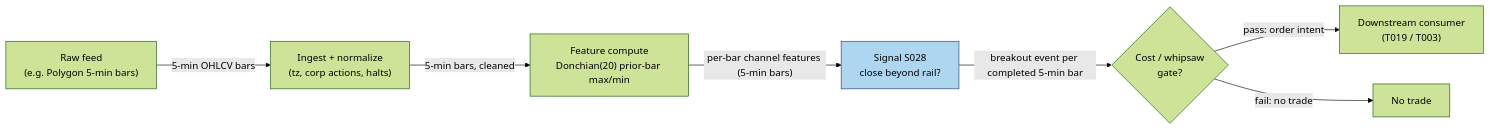
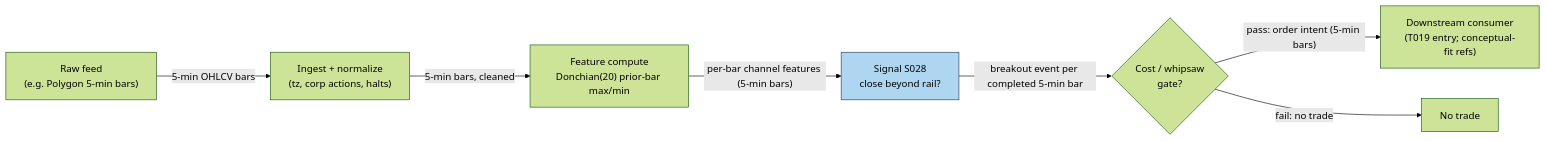
Before and after one commit to praveenguptahcl/quant-signals-deep: the diagram in batches/SB5/S028.md, drawn with Mermaid (forest theme). The commit also changed other lines of this file and 23 other files, not shown here.

````diff
--- a/batches/SB5/S028.md
+++ b/batches/SB5/S028.md
@@ -164,10 +164,10 @@
 ```mermaid
 flowchart LR
     FEED["Raw feed<br/>(e.g. Polygon 5-min bars)"] -->|"5-min OHLCV bars"| ING["Ingest + normalize<br/>(tz, corp actions, halts)"]
     ING -->|"5-min bars, cleaned"| FEAT["Feature compute<br/>Donchian(20) prior-bar max/min"]
     FEAT -->|"per-bar channel features (5-min bars)"| SIG["Signal S028<br/>close beyond rail?"]
     SIG -->|"breakout event per completed 5-min bar"| GATE{"Cost / whipsaw<br/>gate?"}
-    GATE -->|"pass: order intent"| OUT["Downstream consumer<br/>(T019 / T003)"]
+    GATE -->|"pass: order intent (5-min bars)"| OUT["Downstream consumer<br/>(T019 entry; conceptual-fit refs)"]
     GATE -->|"fail: no trade"| DROP["No trade"]
     style SIG fill:#aed6f1,stroke:#1f3a5f
 ```
````
